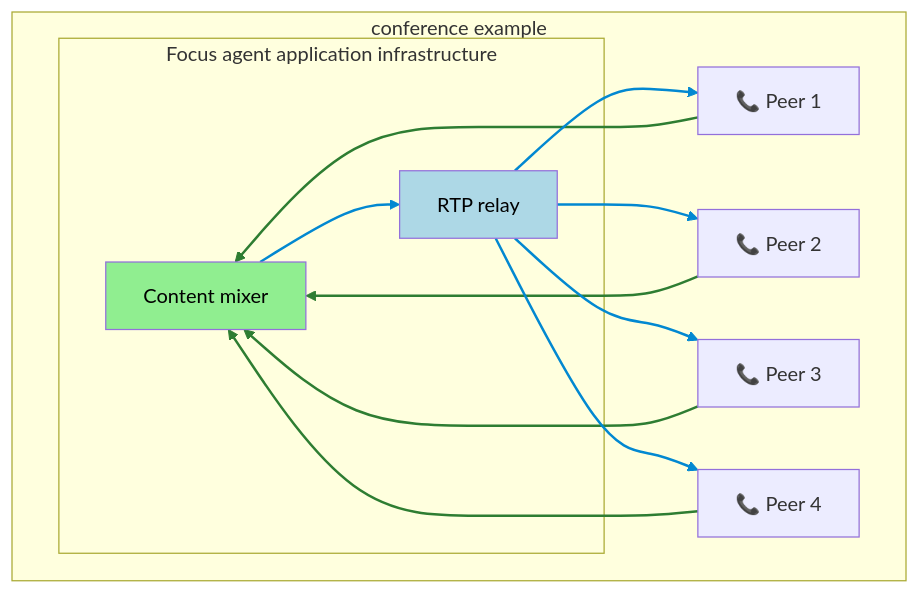
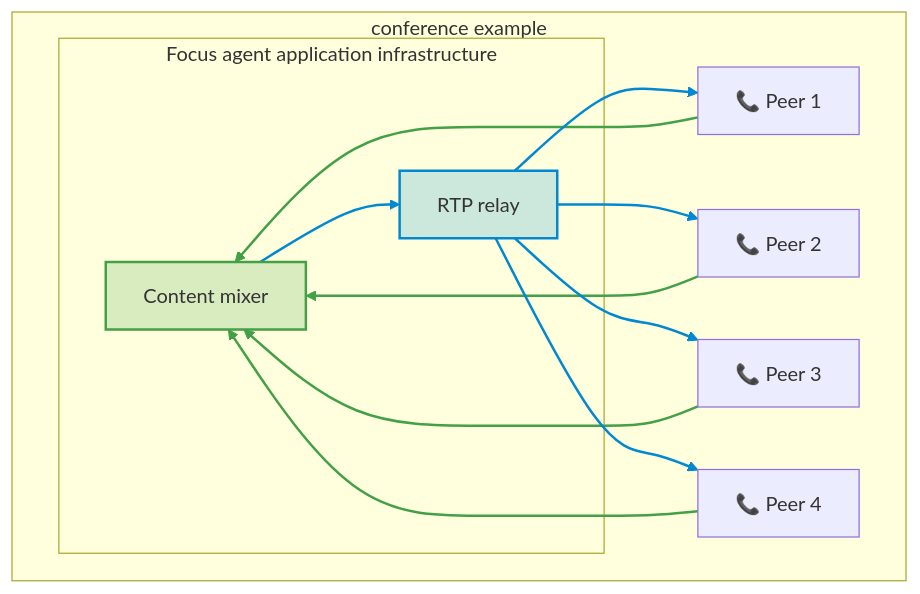
The fifth of 6 diagrams in doc/tutorials/jingle.md (esl/MongooseIM), drawn with Mermaid before and after one commit. The commit also changed other lines of this file and 1 other file, not shown here.

Commit message:
Fix dark-theme mermaid diagrams

````diff
--- a/doc/tutorials/jingle.md
+++ b/doc/tutorials/jingle.md
@@ -176,26 +176,26 @@
 ```mermaid
 flowchart TB
   subgraph conference["conference example"]
     p1["📞 Peer 1"]
     p2["📞 Peer 2"]
     p3["📞 Peer 3"]
     p4["📞 Peer 4"]
     subgraph fai["Focus agent application infrastructure"]
       m1["Content mixer"]
       r1["RTP relay"]
     end
     p1 --> m1
     p2 --> m1
     p3 --> m1
     p4 --> m1
     m1 --> r1
     r1 --> p1
     r1 --> p2
     r1 --> p3
     r1 --> p4
   end
-  style m1 fill:#90ee90,color:#000
-  style r1 fill:#add8e6,color:#000
-  linkStyle 0,1,2,3 stroke:#2e7d32,stroke-width:2px
+  style m1 fill:#43a04733,stroke:#43a047,stroke-width:2px
+  style r1 fill:#0288d133,stroke:#0288d1,stroke-width:2px
+  linkStyle 0,1,2,3 stroke:#43a047,stroke-width:2px
   linkStyle 4,5,6,7,8 stroke:#0288d1,stroke-width:2px
 ```
````
